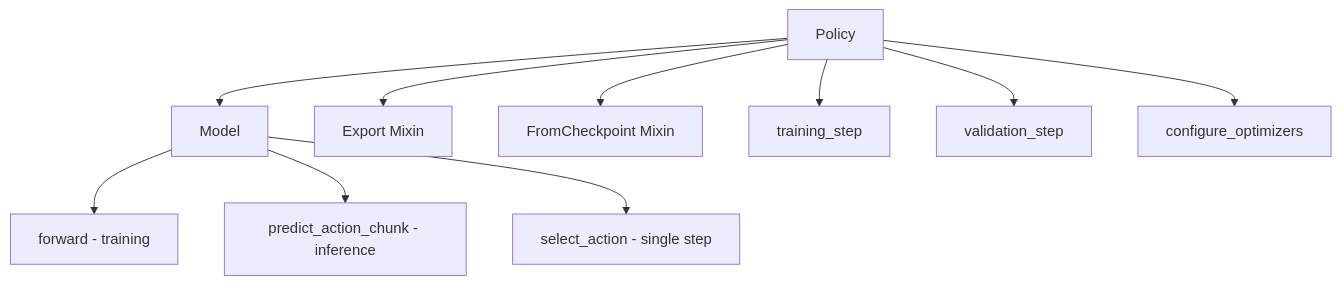
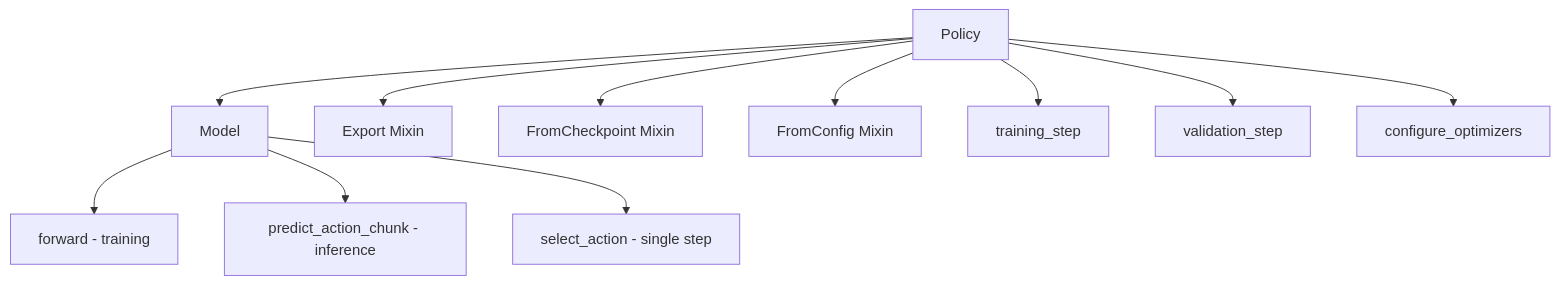
One commit to open-edge-platform/physical-ai-studio changed the diagram in library/docs/explanation/policy/overview.md. Above: the diagram before and after it, drawn with Mermaid. The commit also changed other lines of this file, not shown here.

First line of the commit message:
docs(policy): document Policy.from_config() as primary API pattern

````diff
--- a/library/docs/explanation/policy/overview.md
+++ b/library/docs/explanation/policy/overview.md
@@ -18,14 +18,15 @@
 ```mermaid
 graph TD
     A[Policy] --> B[Model]
     A --> C[Export Mixin]
     A --> D[FromCheckpoint Mixin]
+    A --> K[FromConfig Mixin]
 
     B --> E[forward - training]
     B --> F[predict_action_chunk - inference]
     B --> G[select_action - single step]
 
     A --> H[training_step]
     A --> I[validation_step]
     A --> J[configure_optimizers]
 ```
````
